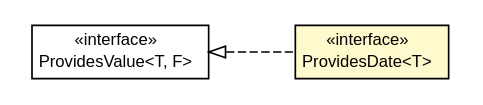
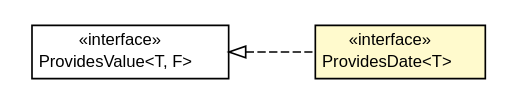
Before and after one commit to growbit/turbogwt-core: the diagram in javadoc/apidocs/org/turbogwt/core/providers/client/ProvidesDate.dot, drawn with Graphviz. The commit also changed 275 other files, not shown here.

```diff
--- a/javadoc/apidocs/org/turbogwt/core/providers/client/ProvidesDate.dot
+++ b/javadoc/apidocs/org/turbogwt/core/providers/client/ProvidesDate.dot
@@ -1,29 +1,29 @@
 #!/usr/local/bin/dot
 #
 # Class diagram 
 # Generated by UMLGraph version R5_6-24-gf6e263 (http://www.umlgraph.org/)
 #
 
 digraph G {
-	edge [fontname="arial",fontsize=10,labelfontname="arial",labelfontsize=10];
-	node [fontname="arial",fontsize=10,shape=plaintext];
+	edge [fontname="Helvetica",fontsize=10,labelfontname="Helvetica",labelfontsize=10];
+	node [fontname="Helvetica",fontsize=10,shape=plaintext];
 	nodesep=0.25;
 	ranksep=0.5;
 	rankdir=LR;
+	// org.turbogwt.core.providers.client.ProvidesDate<T>
+	c3672 [label=<<table title="org.turbogwt.core.providers.client.ProvidesDate" border="0" cellborder="1" cellspacing="0" cellpadding="2" port="p" bgcolor="lemonChiffon" href="./ProvidesDate.html">
+		<tr><td><table border="0" cellspacing="0" cellpadding="1">
+<tr><td align="center" balign="center"> &#171;interface&#187; </td></tr>
+<tr><td align="center" balign="center"> ProvidesDate&lt;T&gt; </td></tr>
+		</table></td></tr>
+		</table>>, URL="./ProvidesDate.html", fontname="Helvetica", fontcolor="black", fontsize=10.0];
 	// org.turbogwt.core.providers.client.ProvidesValue<T, F>
-	c2681 [label=<<table title="org.turbogwt.core.providers.client.ProvidesValue" border="0" cellborder="1" cellspacing="0" cellpadding="2" port="p" href="./ProvidesValue.html">
+	c3674 [label=<<table title="org.turbogwt.core.providers.client.ProvidesValue" border="0" cellborder="1" cellspacing="0" cellpadding="2" port="p" href="./ProvidesValue.html">
 		<tr><td><table border="0" cellspacing="0" cellpadding="1">
 <tr><td align="center" balign="center"> &#171;interface&#187; </td></tr>
 <tr><td align="center" balign="center"> ProvidesValue&lt;T, F&gt; </td></tr>
 		</table></td></tr>
-		</table>>, URL="./ProvidesValue.html", fontname="arial", fontcolor="black", fontsize=10.0];
-	// org.turbogwt.core.providers.client.ProvidesDate<T>
-	c2684 [label=<<table title="org.turbogwt.core.providers.client.ProvidesDate" border="0" cellborder="1" cellspacing="0" cellpadding="2" port="p" bgcolor="lemonChiffon" href="./ProvidesDate.html">
-		<tr><td><table border="0" cellspacing="0" cellpadding="1">
-<tr><td align="center" balign="center"> &#171;interface&#187; </td></tr>
-<tr><td align="center" balign="center"> ProvidesDate&lt;T&gt; </td></tr>
-		</table></td></tr>
-		</table>>, URL="./ProvidesDate.html", fontname="arial", fontcolor="black", fontsize=10.0];
+		</table>>, URL="./ProvidesValue.html", fontname="Helvetica", fontcolor="black", fontsize=10.0];
 	//org.turbogwt.core.providers.client.ProvidesDate<T> implements org.turbogwt.core.providers.client.ProvidesValue<T, F>
-	c2681:p -> c2684:p [dir=back,arrowtail=empty,style=dashed];
+	c3674:p -> c3672:p [dir=back,arrowtail=empty,style=dashed];
 }
```
